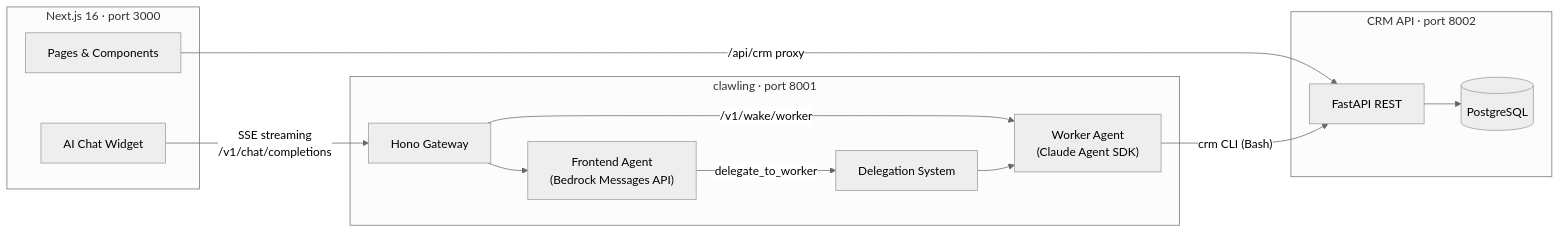
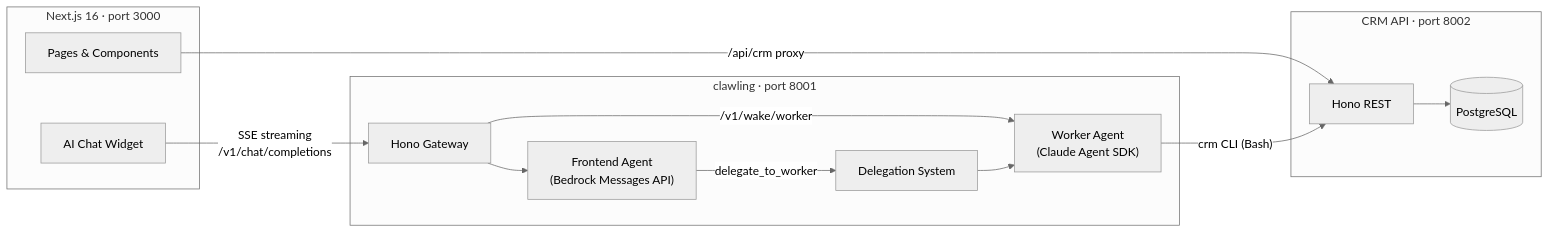
One commit to yoniLavi/lette-hackathon-inbox-triage changed the diagram in README.md. Above: the diagram before and after it, drawn with Mermaid (neutral theme). The commit also changed other lines of this file and 82 other files, not shown here.

````diff
--- a/README.md
+++ b/README.md
@@ -20,28 +20,28 @@
 ```mermaid
 graph LR
     subgraph Frontend["Next.js 16 · port 3000"]
         UI[Pages & Components]
         Chat[AI Chat Widget]
     end
 
     subgraph Clawling["clawling · port 8001"]
         GW[Hono Gateway]
         FrontendAI["Frontend Agent\n(Bedrock Messages API)"]
         Worker["Worker Agent\n(Claude Agent SDK)"]
         Deleg[Delegation System]
     end
 
     subgraph CRM["CRM API · port 8002"]
-        REST[FastAPI REST]
+        REST[Hono REST]
         DB[(PostgreSQL)]
     end
 
     Chat -->|"SSE streaming\n/v1/chat/completions"| GW
     UI -->|/api/crm proxy| REST
     GW --> FrontendAI
     GW -->|"/v1/wake/worker"| Worker
     FrontendAI -->|delegate_to_worker| Deleg
     Deleg --> Worker
     Worker -->|"crm CLI (Bash)"| REST
     REST --> DB
 ```
````
